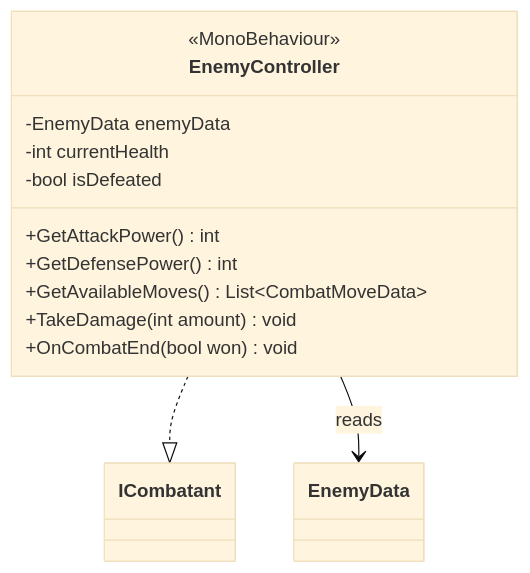
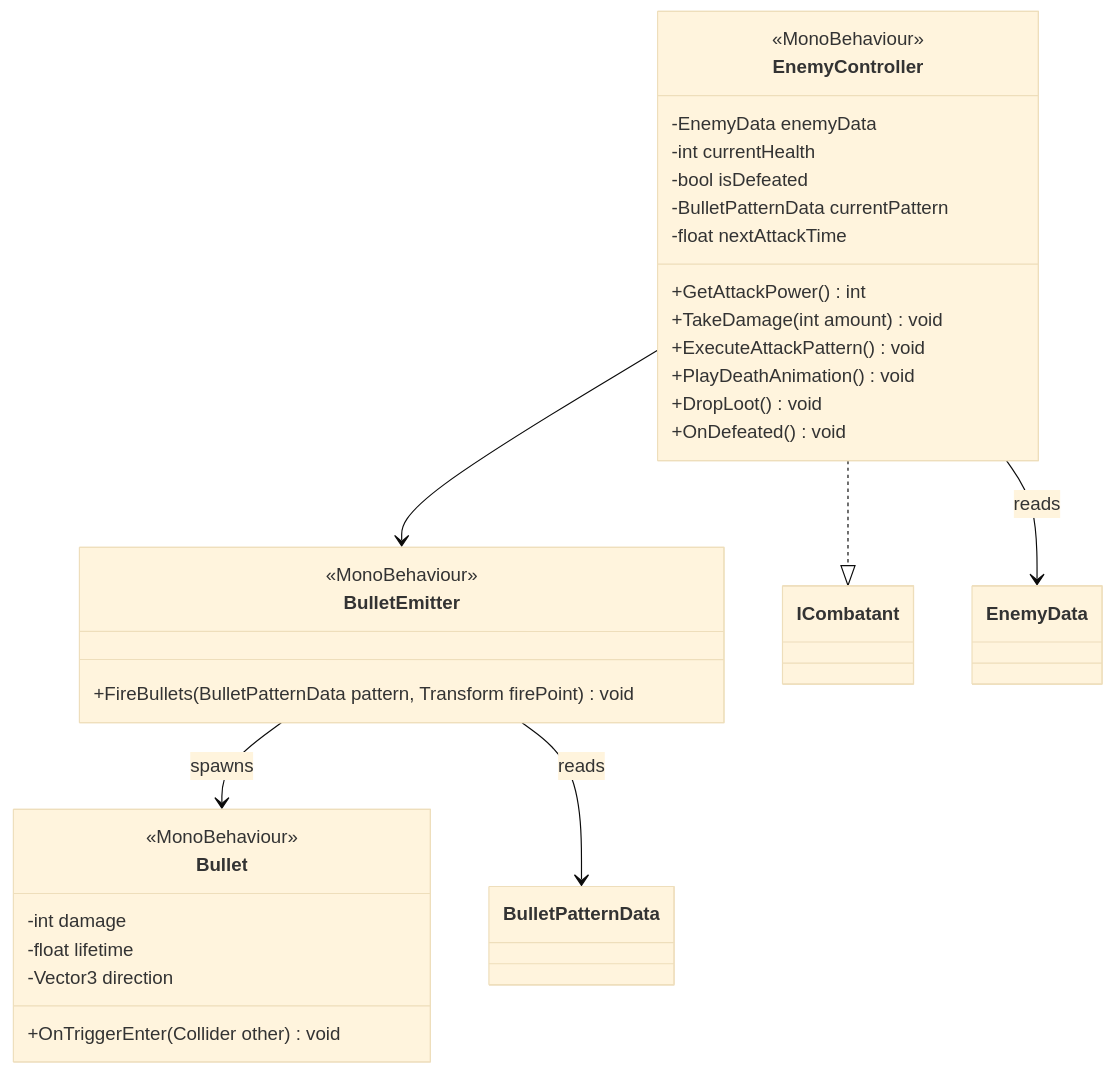
Before and after one commit to ben-hollinger/speg_code: the fourth of 11 diagrams in Documentation/TECHNICAL_PLAN.md, drawn with Mermaid (base theme). The commit also changed other lines of this file, not shown here.

Commit message:
update TECHNICAL_PLAN.md for new bullet-hell-like combat system

````diff
--- a/Documentation/TECHNICAL_PLAN.md
+++ b/Documentation/TECHNICAL_PLAN.md
@@ -231,19 +232,38 @@
 ```mermaid
 classDiagram
     direction TB
 
     class EnemyController {
         <<MonoBehaviour>>
         -EnemyData enemyData
         -int currentHealth
         -bool isDefeated
+        -BulletPatternData currentPattern
+        -float nextAttackTime
         +GetAttackPower() int
-        +GetDefensePower() int
-        +GetAvailableMoves() List~CombatMoveData~
         +TakeDamage(int amount) void
-        +OnCombatEnd(bool won) void
+        +ExecuteAttackPattern() void
+        +PlayDeathAnimation() void
+        +DropLoot() void
+        +OnDefeated() void
+    }
+
+    class BulletEmitter {
+        <<MonoBehaviour>>
+        +FireBullets(BulletPatternData pattern, Transform firePoint) void
+    }
+
+    class Bullet {
+        <<MonoBehaviour>>
+        -int damage
+        -float lifetime
+        -Vector3 direction
+        +OnTriggerEnter(Collider other) void
     }
 
     EnemyController ..|> ICombatant
     EnemyController --> EnemyData : reads
+    EnemyController --> BulletEmitter
+    BulletEmitter --> Bullet : spawns
+    BulletEmitter --> BulletPatternData : reads
 ```
````
